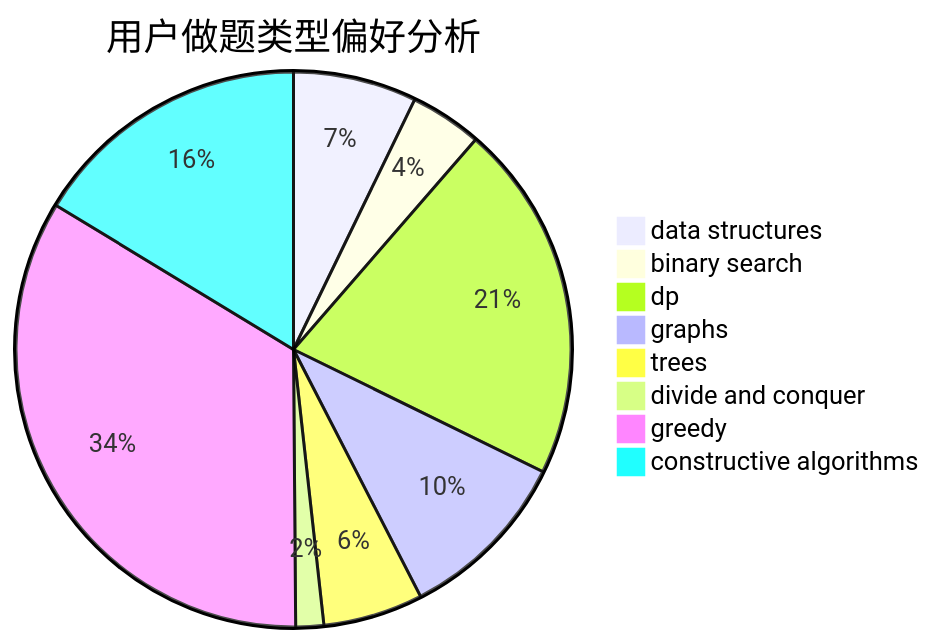
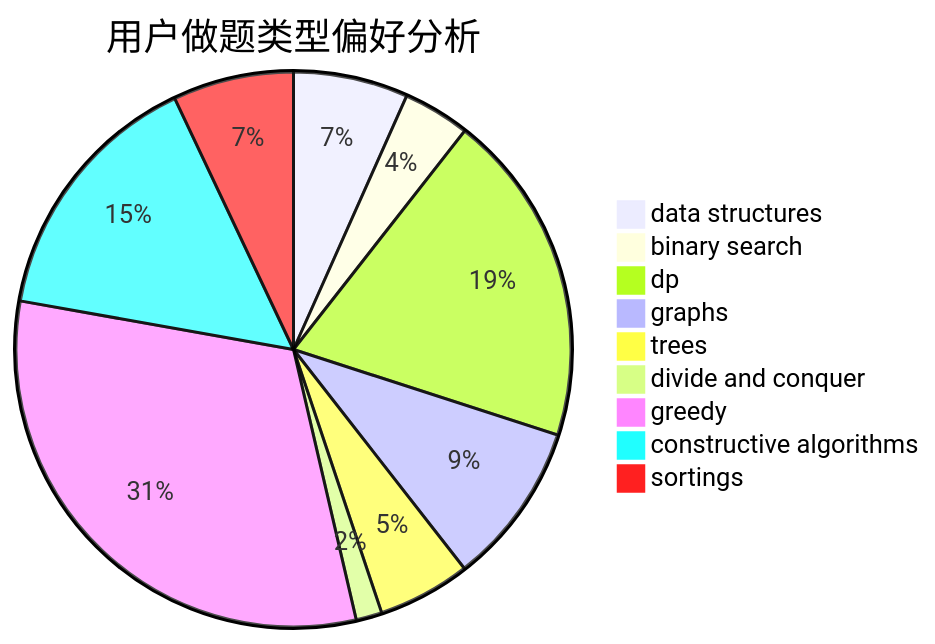
The second of 3 diagrams in docs/user/u1413.md (sherpahu/cfrs.github.io), drawn with Mermaid before and after one commit. The commit also changed other lines of this file and 2769 other files, not shown here.

````diff
--- a/docs/user/u1413.md
+++ b/docs/user/u1413.md
@@ -23,11 +18,12 @@
 ```mermaid
 pie title 用户做题类型偏好分析
     "data structures" :  115
     "binary search" :  67
     "dp" :  334
     "graphs" :  163
     "trees" :  93
     "divide and conquer" :  26
     "greedy" :  541
     "constructive algorithms" :  261
+    "sortings" :  121
 ```
````
